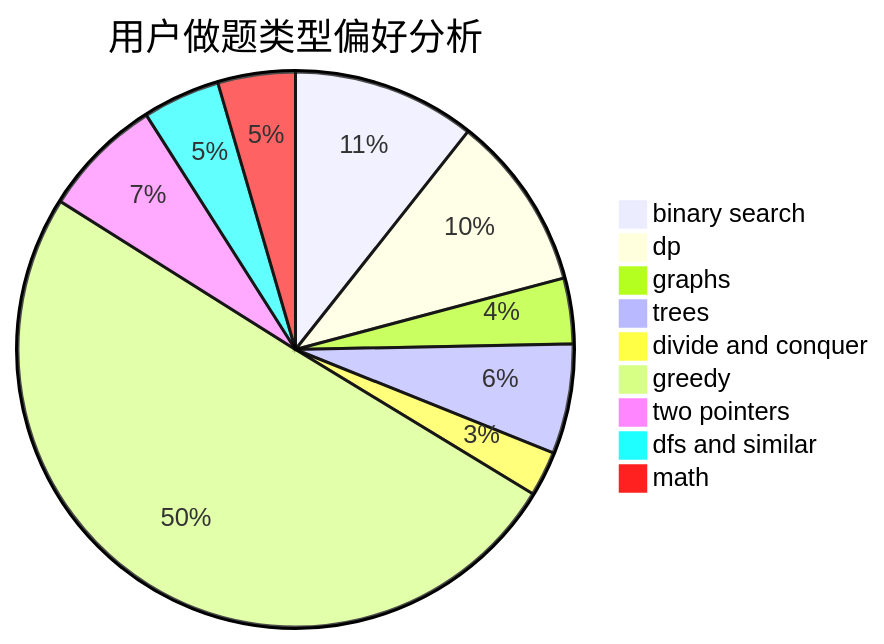
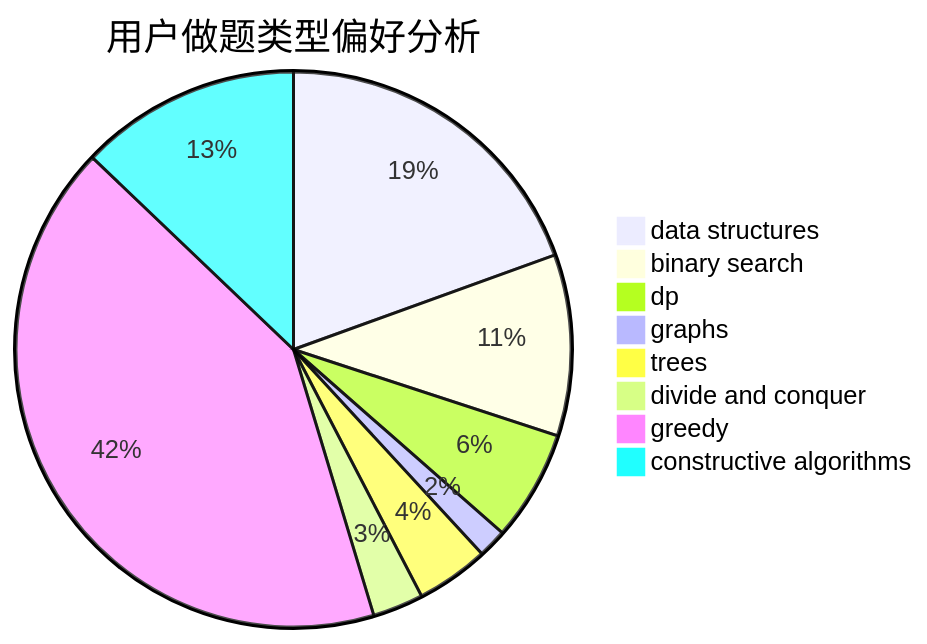
One commit to sherpahu/cfrs.github.io changed the second of 3 diagrams in docs/user/u1212.md. Above: the diagram before and after it, drawn with Mermaid. The commit also changed other lines of this file and 2775 other files, not shown here.

````diff
--- a/docs/user/u1212.md
+++ b/docs/user/u1212.md
@@ -23,12 +23,11 @@
 ```mermaid
 pie title 用户做题类型偏好分析
-    "binary search" :  215
-    "dp" :  206
-    "graphs" :  77
-    "trees" :  129
-    "divide and conquer" :  53
-    "greedy" :  1014
-    "two pointers" :  142
-    "dfs and similar" :  91
-    "math" :  91
+    "data structures" :  336
+    "binary search" :  182
+    "dp" :  111
+    "graphs" :  29
+    "trees" :  73
+    "divide and conquer" :  51
+    "greedy" :  721
+    "constructive algorithms" :  222
 ```
````
